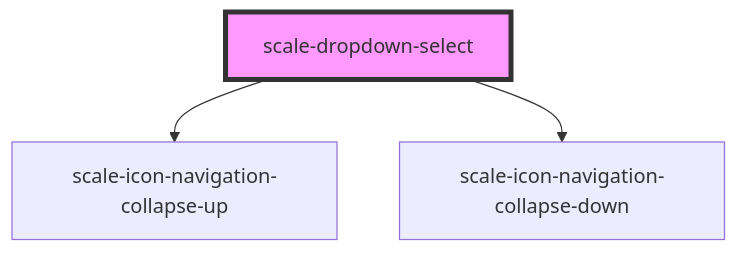
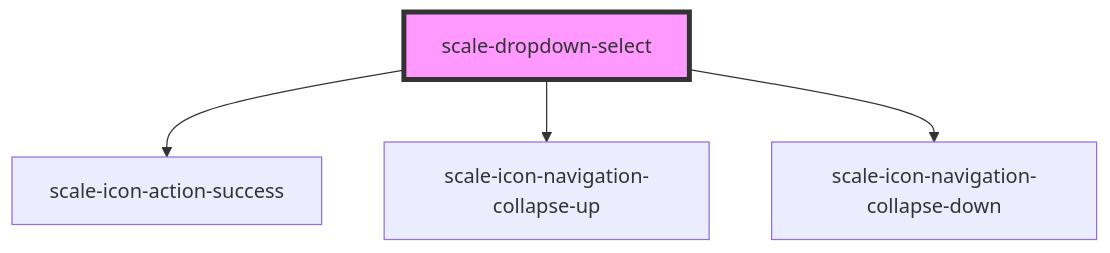
The diagram in packages/components/src/components/dropdown-select/readme.md (telekom/scale), drawn with Mermaid before and after one commit. The commit also changed other lines of this file and 20 other files, not shown here.

````diff
--- a/packages/components/src/components/dropdown-select/readme.md
+++ b/packages/components/src/components/dropdown-select/readme.md
@@ -53,6 +55,7 @@
 ```mermaid
 graph TD;
+  scale-dropdown-select --> scale-icon-action-success
   scale-dropdown-select --> scale-icon-navigation-collapse-up
   scale-dropdown-select --> scale-icon-navigation-collapse-down
   style scale-dropdown-select fill:#f9f,stroke:#333,stroke-width:4px
 ```
````
